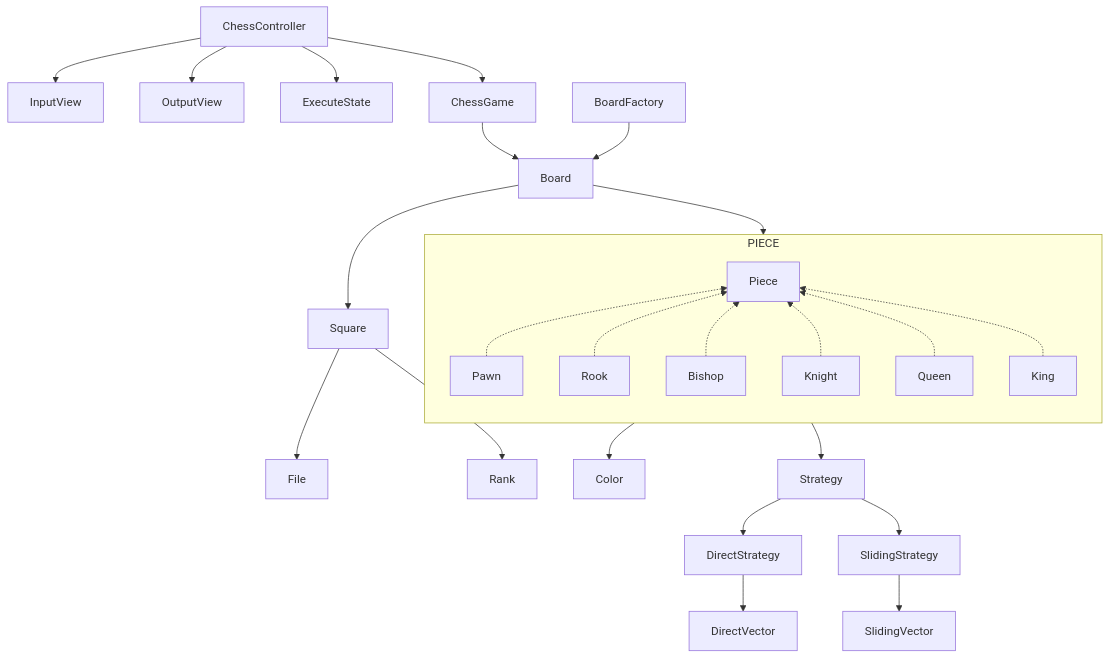
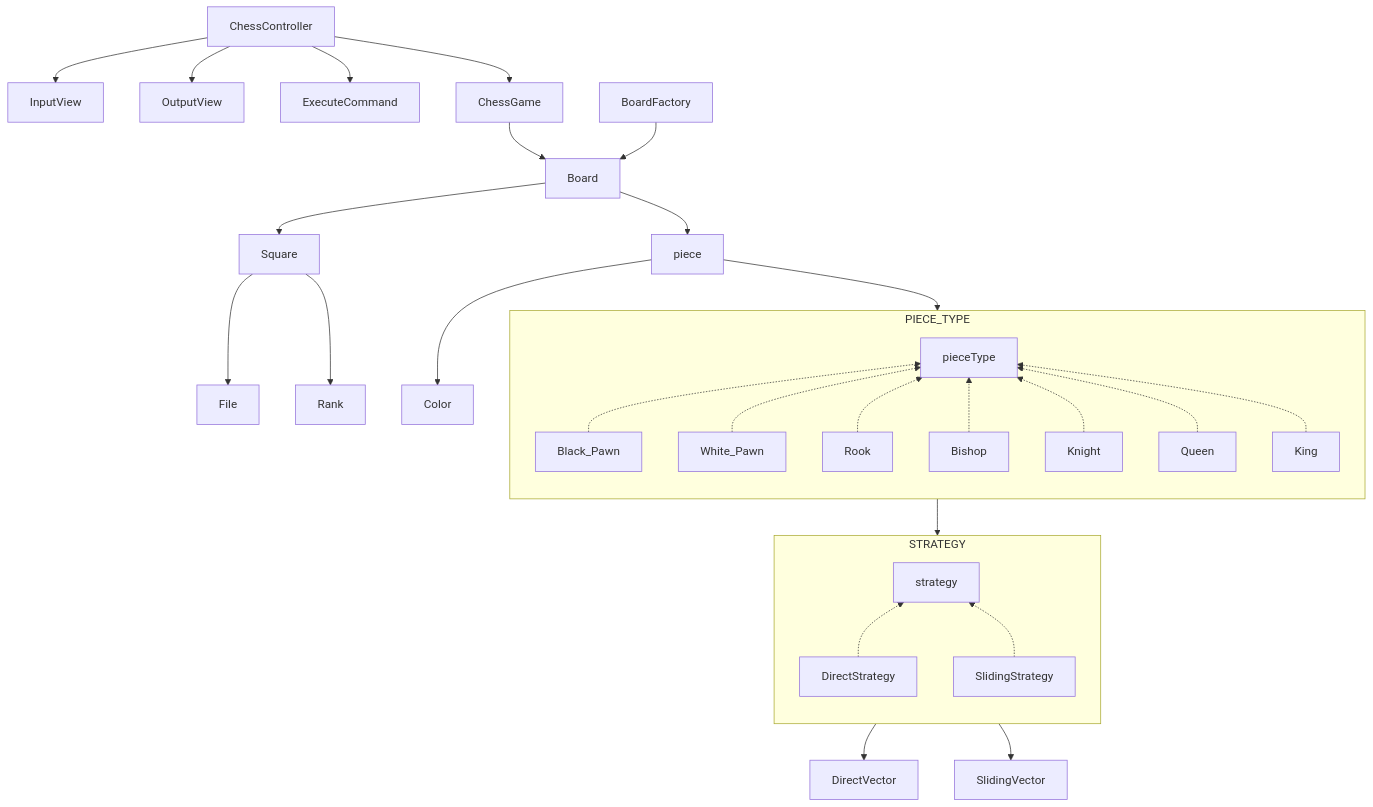
One commit to woowacourse/java-chess changed the diagram in src/docs/README.md. Above: the diagram before and after it, drawn with Mermaid. The commit also changed other lines of this file and 20 other files, not shown here.

````diff
--- a/src/docs/README.md
+++ b/src/docs/README.md
@@ -3,36 +3,42 @@
 ```mermaid
 graph TD
-    ChessController --> InputView
-    ChessController --> OutputView
-    ChessController --> ExecuteState
+  ChessController --> InputView
+  ChessController --> OutputView
+  ChessController --> ExecuteCommand
 
-    ChessController --> ChessGame
-    ChessGame --> Board
+  ChessController --> ChessGame
+  ChessGame --> Board
 
-    Square --> File
-    Square --> Rank
+  Square --> File
+  Square --> Rank
 
-    BoardFactory --> Board
+  BoardFactory --> Board
 
-    Board --> Square
-    Board --> PIECE
+  Board --> Square
+  Board --> piece
 
-    PIECE --> Color
-    PIECE --> Strategy
+  piece --> Color
+  piece --> PIECE_TYPE
 
-    Strategy --> DirectStrategy
-    Strategy --> SlidingStrategy
+  subgraph PIECE_TYPE
+    direction BT
+    Black_Pawn -.-> pieceType
+    White_Pawn -.-> pieceType
+    Rook -.-> pieceType
+    Bishop -.-> pieceType
+    Knight -.-> pieceType
+    Queen -.-> pieceType
+    King -.-> pieceType
+  end
 
-    DirectStrategy --> DirectVector
-    SlidingStrategy --> SlidingVector
+  PIECE_TYPE --> STRATEGY
 
-    subgraph PIECE
-        direction BT
-        Pawn -.-> Piece
-        Rook -.-> Piece
-        Bishop -.-> Piece
-        Knight -.-> Piece
-        Queen -.-> Piece
-        King -.-> Piece
-    end
+  subgraph STRATEGY
+    direction BT
+    DirectStrategy -.-> strategy
+    SlidingStrategy -.-> strategy
+  end
+
+  STRATEGY --> DirectVector
+  STRATEGY --> SlidingVector
 ```
````
